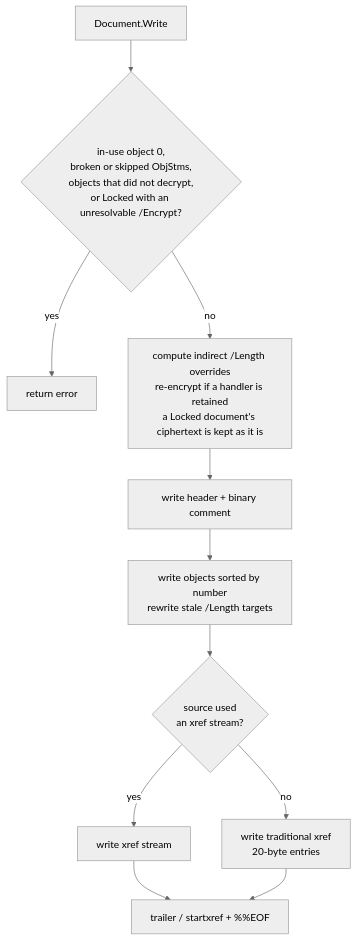
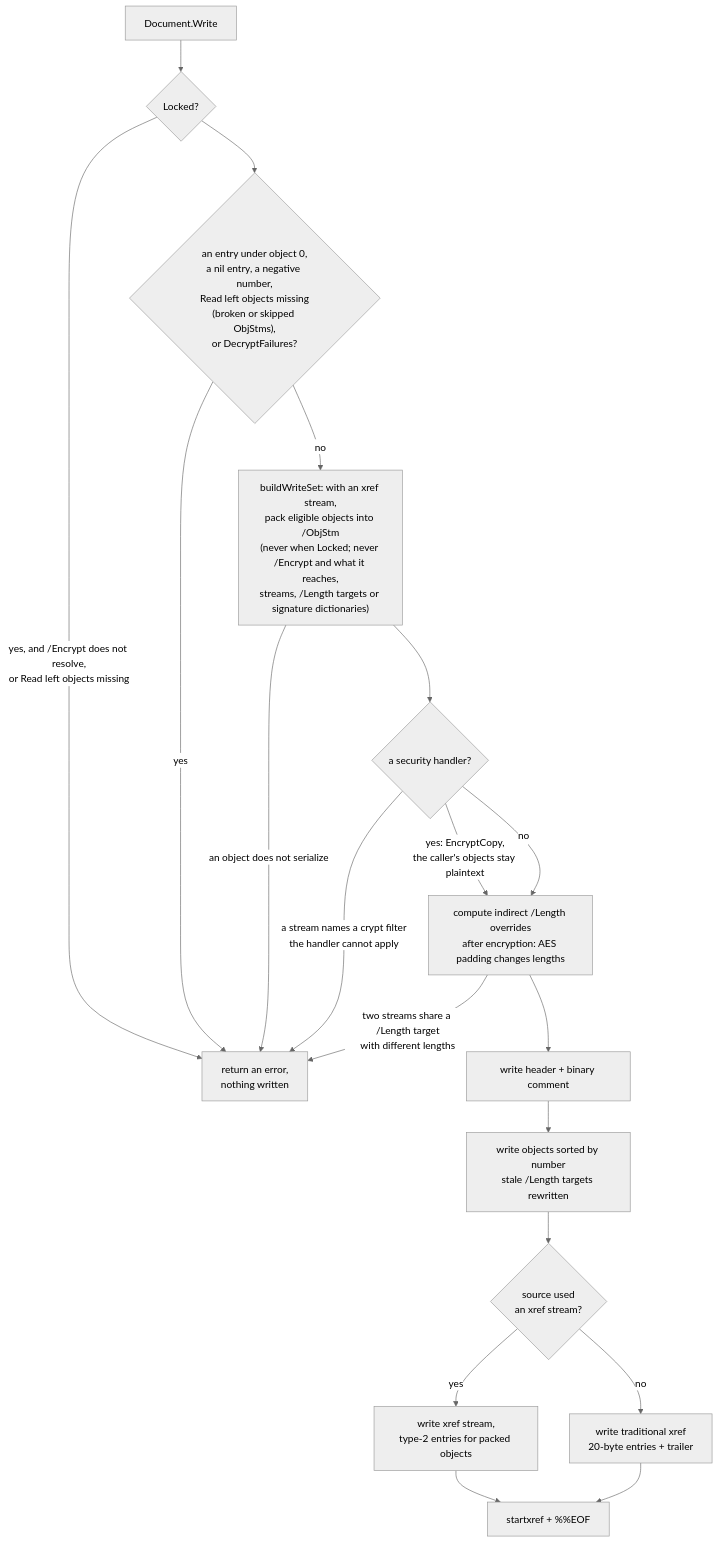
One commit to mgilbir/pdf0 changed the fifth of 5 diagrams in docs/architecture.md. Above: the diagram before and after it, drawn with Mermaid (neutral theme). The commit also changed other lines of this file and 1 other file, not shown here.

First line of the commit message:
architecture: redraw the recovery ladder and Write as the code runs them; lifecycle and dependency diagrams; limits and cancellation become pointers (docs audit 2026-10-11 D4, D21, D46, D55, D41, D22)

````diff
--- a/docs/architecture.md
+++ b/docs/architecture.md
@@ -256,13 +366,21 @@
 ```mermaid
 flowchart TD
-    A[Document.Write] --> B{in-use object 0,<br/>broken or skipped ObjStms,<br/>objects that did not decrypt,<br/>or Locked with an unresolvable /Encrypt?}
-    B -->|yes| X[return error]
-    B -->|no| C[compute indirect /Length overrides<br/>re-encrypt if a handler is retained<br/>a Locked document's ciphertext is kept as it is]
-    C --> D[write header + binary comment]
-    D --> E[write objects sorted by number<br/>rewrite stale /Length targets]
+    A[Document.Write] --> L{Locked?}
+    L -->|"yes, and /Encrypt does not resolve,<br/>or Read left objects missing"| X[return an error,<br/>nothing written]
+    L --> B{"an entry under object 0,<br/>a nil entry, a negative number,<br/>Read left objects missing<br/>(broken or skipped ObjStms),<br/>or DecryptFailures?"}
+    B -->|yes| X
+    B -->|no| WS["buildWriteSet: with an xref stream,<br/>pack eligible objects into /ObjStm<br/>(never when Locked; never /Encrypt and what it reaches,<br/>streams, /Length targets or signature dictionaries)"]
+    WS -->|an object does not serialize| X
+    WS --> ENC{"a security handler?"}
+    ENC -->|"yes: EncryptCopy,<br/>the caller's objects stay plaintext"| LEN
+    ENC -->|a stream names a crypt filter<br/>the handler cannot apply| X
+    ENC -->|no| LEN["compute indirect /Length overrides<br/>after encryption: AES padding changes lengths"]
+    LEN -->|"two streams share a /Length target<br/>with different lengths"| X
+    LEN --> D[write header + binary comment]
+    D --> E[write objects sorted by number<br/>stale /Length targets rewritten]
     E --> F{source used<br/>an xref stream?}
-    F -->|yes| G1[write xref stream]
-    F -->|no| G2[write traditional xref<br/>20-byte entries]
-    G1 --> H[trailer / startxref + %%EOF]
+    F -->|yes| G1[write xref stream,<br/>type-2 entries for packed objects]
+    F -->|no| G2[write traditional xref<br/>20-byte entries + trailer]
+    G1 --> H[startxref + %%EOF]
     G2 --> H
 ```
````
